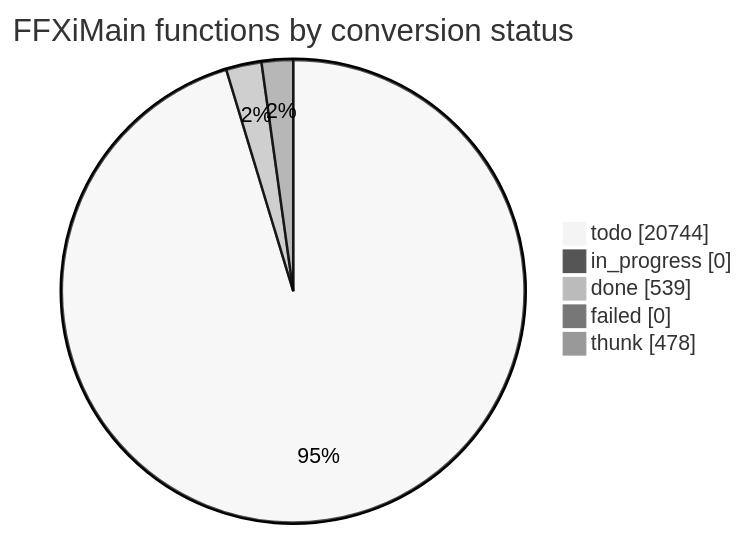
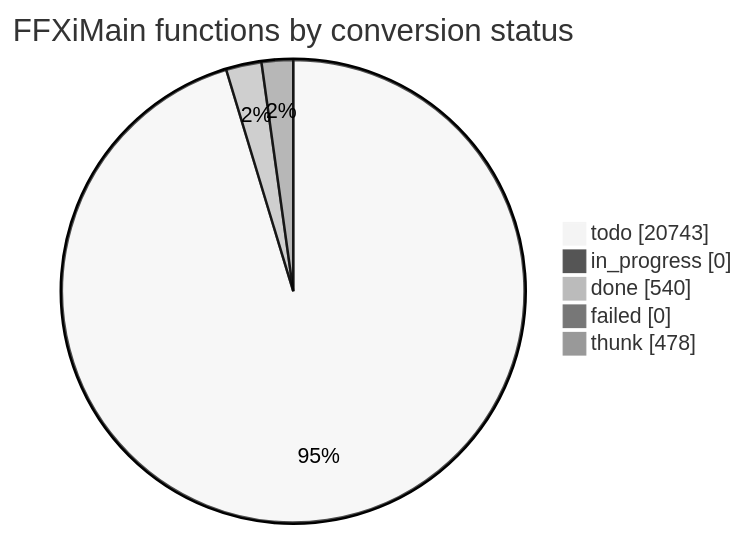
The diagram in docs/cow/STATUS.md (cowrevenge/cow_kuluu_xi_anything), drawn with Mermaid (neutral theme) before and after one commit. The commit also changed other lines of this file and 9 other files, not shown here.

````diff
--- a/docs/cow/STATUS.md
+++ b/docs/cow/STATUS.md
@@ -18,9 +18,9 @@
 ```mermaid
 pie showData
     title FFXiMain functions by conversion status
-    "todo" : 20744
+    "todo" : 20743
     "in_progress" : 0
-    "done" : 539
+    "done" : 540
     "failed" : 0
     "thunk" : 478
 ```
````
